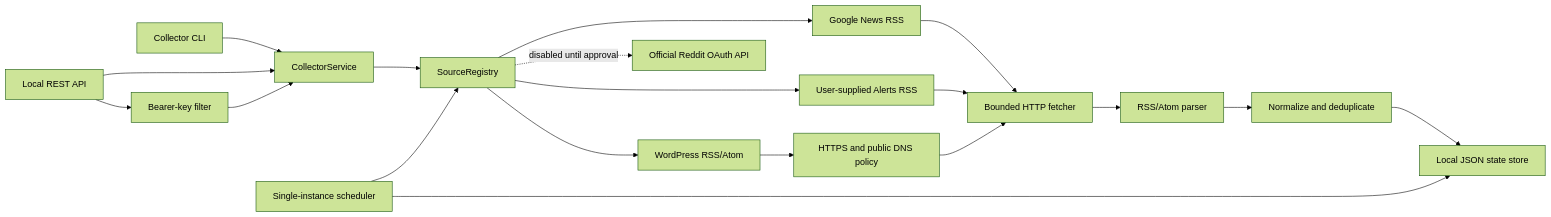
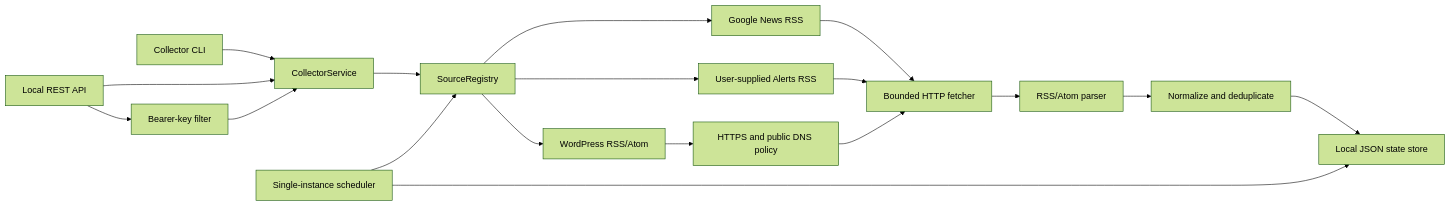
One commit to henriquebatistapaz/poc-collector changed the diagram in docs/wiki/architecture-overview.md. Above: the diagram before and after it, drawn with Mermaid (forest theme). The commit also changed other lines of this file and 37 other files, not shown here.

````diff
--- a/docs/wiki/architecture-overview.md
+++ b/docs/wiki/architecture-overview.md
@@ -3,21 +3,20 @@
 ```mermaid
 flowchart LR
   CLI[Collector CLI] --> Service[CollectorService]
   API[Local REST API] --> Service
   Service --> Registry[SourceRegistry]
   Registry --> GoogleNews[Google News RSS]
   Registry --> Alerts[User-supplied Alerts RSS]
   Registry --> WordPress[WordPress RSS/Atom]
-  Registry -. disabled until approval .-> Reddit[Official Reddit OAuth API]
   GoogleNews --> Fetcher[Bounded HTTP fetcher]
   Alerts --> Fetcher
   WordPress --> UrlPolicy[HTTPS and public DNS policy]
   UrlPolicy --> Fetcher
   Fetcher --> Parser[RSS/Atom parser]
   Parser --> Normalize[Normalize and deduplicate]
   Normalize --> Store[Local JSON state store]
   Scheduler[Single-instance scheduler] --> Registry
   Scheduler --> Store
   API --> Auth[Bearer-key filter]
   Auth --> Service
 ```
````
